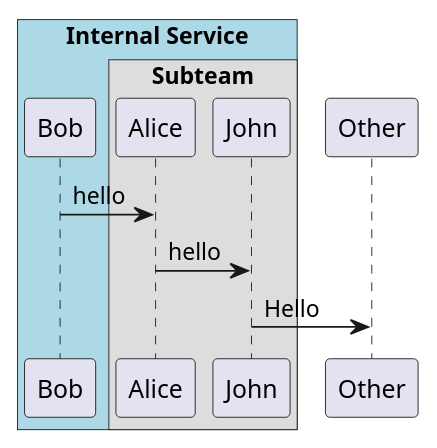
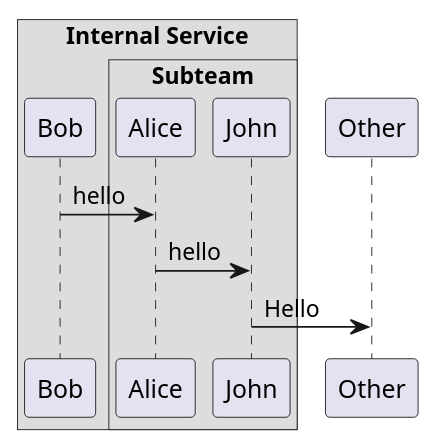
One commit to orien/puml-themes changed the diagram in tools/gallery-generation/puml/sequence/participants-encompass.puml. Above: the diagram before and after it, drawn with PlantUML. The commit also changed 2 other files, not shown here.

Commit message:
Avoid non-theme colors in gallery sequence diagrams

```diff
--- a/tools/gallery-generation/puml/sequence/participants-encompass.puml
+++ b/tools/gallery-generation/puml/sequence/participants-encompass.puml
@@ -1,18 +1,18 @@
 @startuml
 
 !pragma teoz true
-box "Internal Service" #LightBlue
+box "Internal Service"
 participant Bob
 box "Subteam"
 participant Alice
 participant John
 end box
 
 end box
 participant Other
 
 Bob -> Alice : hello
 Alice -> John : hello
 John -> Other: Hello
 
 @enduml
```
